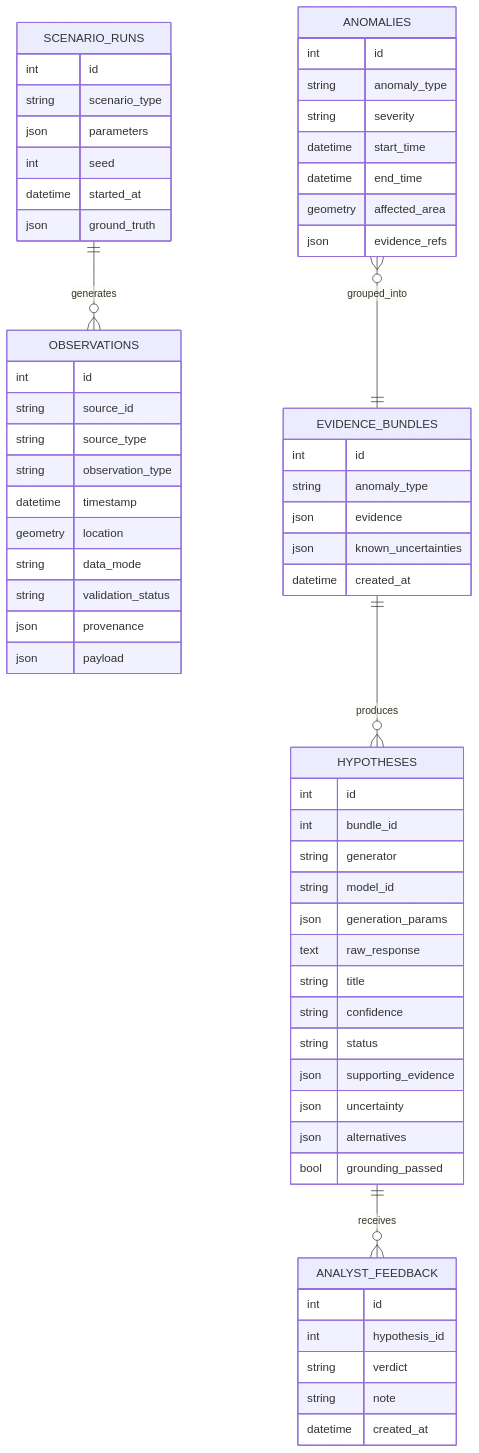
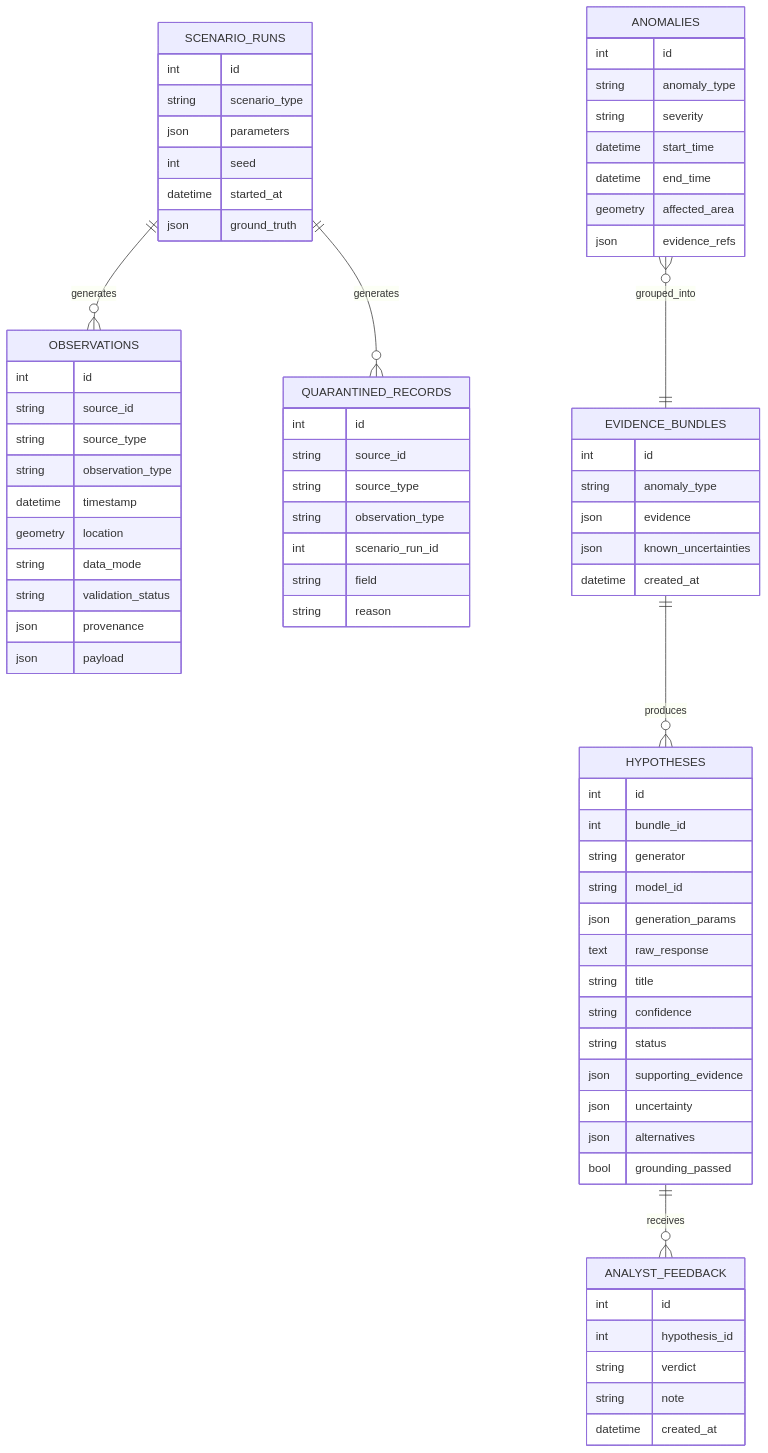
The third of 3 diagrams in docs/em_fusion_v2.md (randygimah/em-fusion), drawn with Mermaid before and after one commit. The commit also changed other lines of this file and 2 other files, not shown here.

````diff
--- a/docs/em_fusion_v2.md
+++ b/docs/em_fusion_v2.md
@@ -390,66 +390,76 @@
 ```mermaid
 erDiagram
     OBSERVATIONS {
         int id
         string source_id
         string source_type
         string observation_type
         datetime timestamp
         geometry location
         string data_mode
         string validation_status
         json provenance
         json payload
+    }
+    QUARANTINED_RECORDS {
+        int id
+        string source_id
+        string source_type
+        string observation_type
+        int scenario_run_id
+        string field
+        string reason
     }
     ANOMALIES {
         int id
         string anomaly_type
         string severity
         datetime start_time
         datetime end_time
         geometry affected_area
         json evidence_refs
     }
     EVIDENCE_BUNDLES {
         int id
         string anomaly_type
         json evidence
         json known_uncertainties
         datetime created_at
     }
     HYPOTHESES {
         int id
         int bundle_id
         string generator
         string model_id
         json generation_params
         text raw_response
         string title
         string confidence
         string status
         json supporting_evidence
         json uncertainty
         json alternatives
         bool grounding_passed
     }
     ANALYST_FEEDBACK {
         int id
         int hypothesis_id
         string verdict
         string note
         datetime created_at
     }
     SCENARIO_RUNS {
         int id
         string scenario_type
         json parameters
         int seed
         datetime started_at
         json ground_truth
     }
 
     EVIDENCE_BUNDLES ||--o{ HYPOTHESES : produces
     HYPOTHESES ||--o{ ANALYST_FEEDBACK : receives
     SCENARIO_RUNS ||--o{ OBSERVATIONS : generates
     ANOMALIES }o--|| EVIDENCE_BUNDLES : grouped_into
+    SCENARIO_RUNS ||--o{ QUARANTINED_RECORDS : generates
 ```
````
